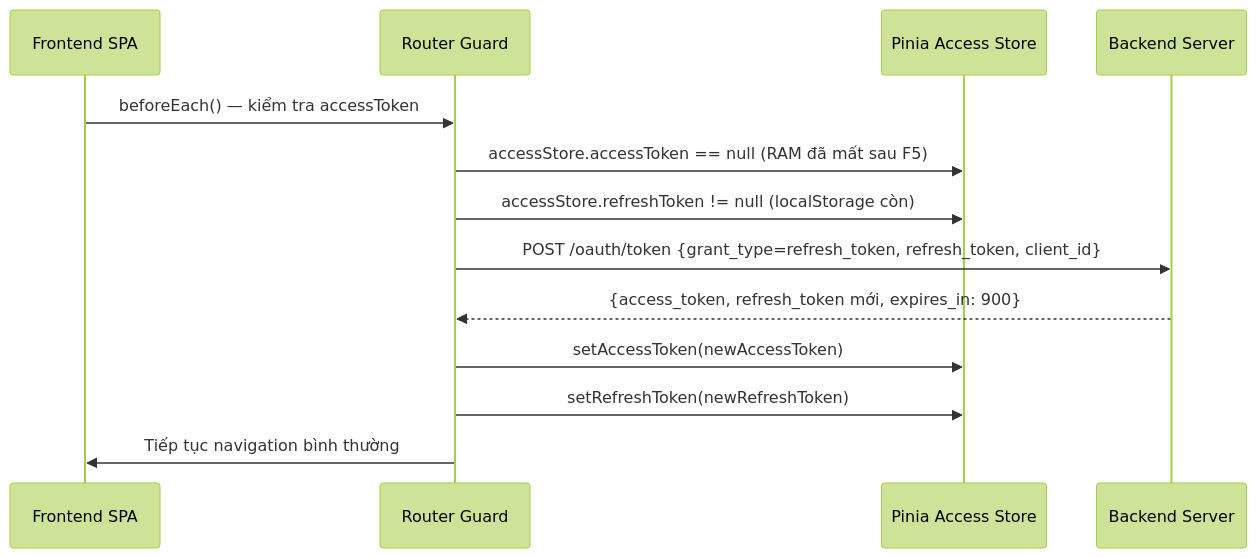
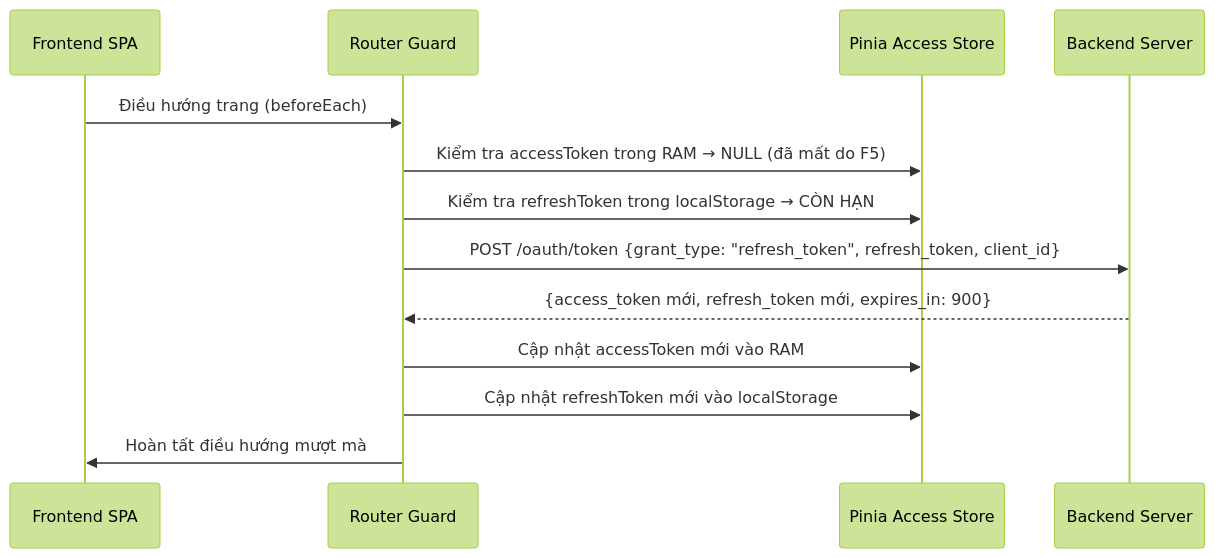
The second of 3 diagrams in docs/auth.md (eamo-cmms/eamo-backend), drawn with Mermaid (forest theme) before and after one commit. The commit also changed other lines of this file and 9 other files, not shown here.

Commit message:
docs: restructure and update backend flow documentation

````diff
--- a/docs/auth.md
+++ b/docs/auth.md
@@ -55,16 +56,16 @@
 ```mermaid
 sequenceDiagram
     participant SPA as Frontend SPA
     participant Guard as Router Guard
     participant Store as Pinia Access Store
     participant BE as Backend Server
 
-    SPA->>Guard: beforeEach() — kiểm tra accessToken
-    Guard->>Store: accessStore.accessToken == null (RAM đã mất sau F5)
-    Guard->>Store: accessStore.refreshToken != null (localStorage còn)
-    Guard->>BE: POST /oauth/token {grant_type=refresh_token, refresh_token, client_id}
-    BE-->>Guard: {access_token, refresh_token mới, expires_in: 900}
-    Guard->>Store: setAccessToken(newAccessToken)
-    Guard->>Store: setRefreshToken(newRefreshToken)
-    Guard->>SPA: Tiếp tục navigation bình thường
+    SPA->>Guard: Điều hướng trang (beforeEach)
+    Guard->>Store: Kiểm tra accessToken trong RAM → NULL (đã mất do F5)
+    Guard->>Store: Kiểm tra refreshToken trong localStorage → CÒN HẠN
+    Guard->>BE: POST /oauth/token {grant_type: "refresh_token", refresh_token, client_id}
+    BE-->>Guard: {access_token mới, refresh_token mới, expires_in: 900}
+    Guard->>Store: Cập nhật accessToken mới vào RAM
+    Guard->>Store: Cập nhật refreshToken mới vào localStorage
+    Guard->>SPA: Hoàn tất điều hướng mượt mà
 ```
````
